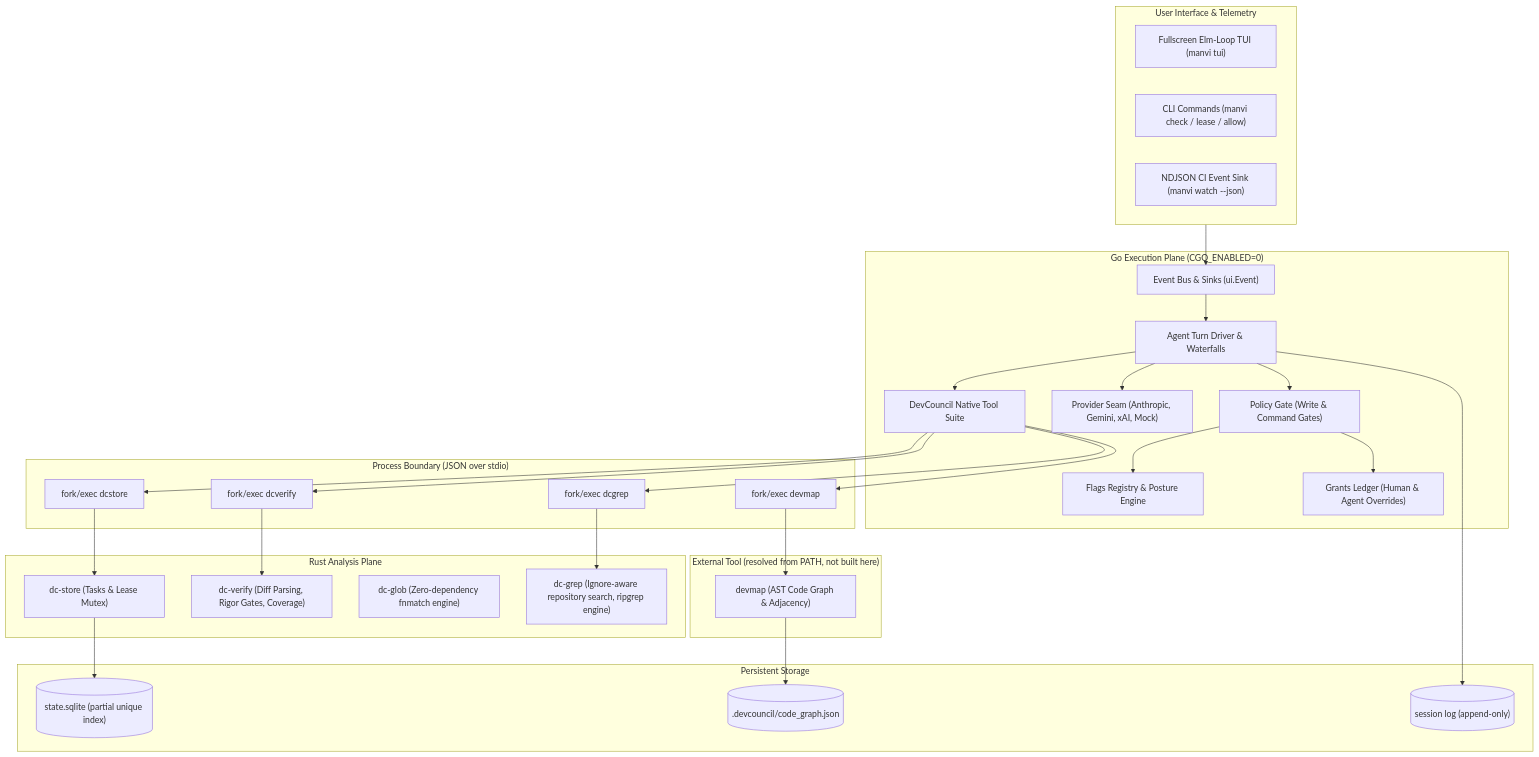
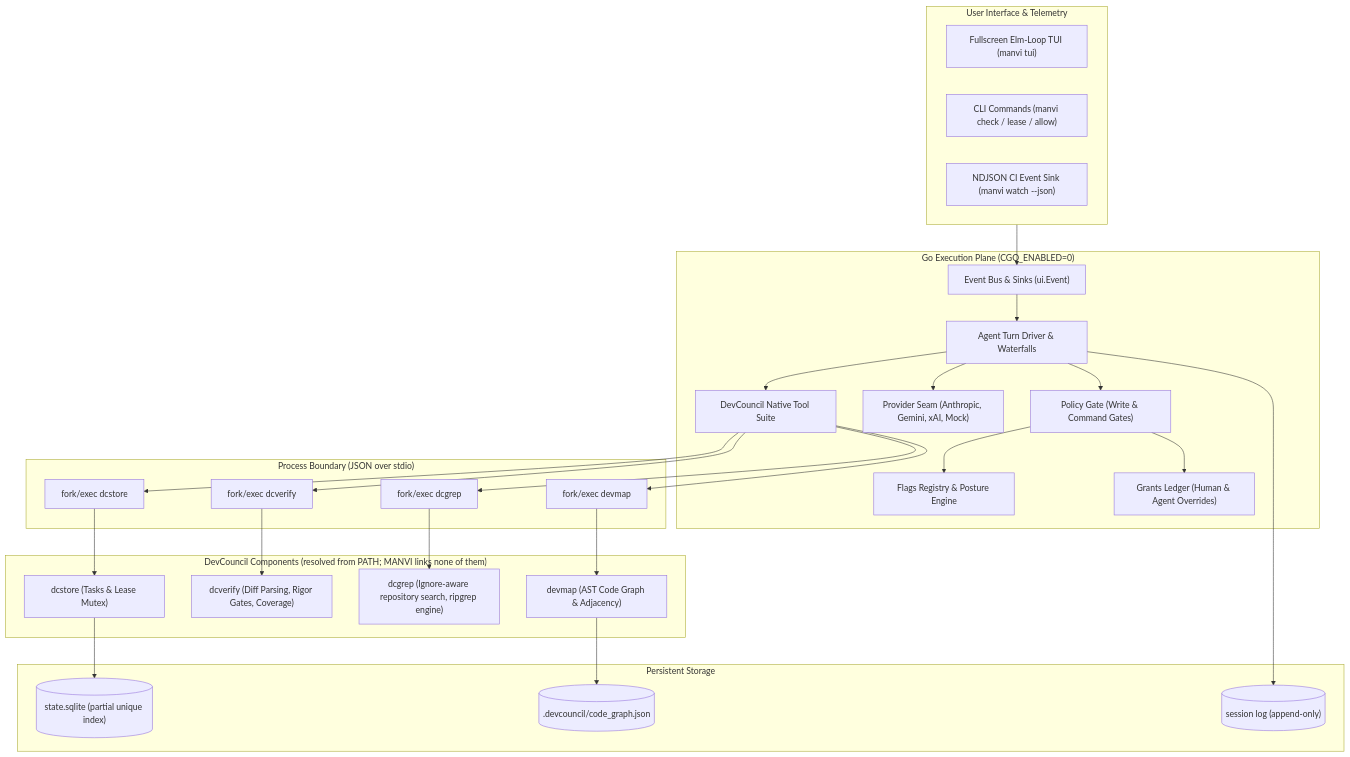
The first of 5 diagrams in docs/ARCHITECTURE.md (bharathvbcr/Manvi), drawn with Mermaid before and after one commit. The commit also changed other lines of this file and 5 other files, not shown here.

````diff
--- a/docs/ARCHITECTURE.md
+++ b/docs/ARCHITECTURE.md
@@ -11,58 +21,54 @@
 ```mermaid
 flowchart TB
     subgraph UserInterface["User Interface & Telemetry"]
         TUI["Fullscreen Elm-Loop TUI (manvi tui)"]
         CLI["CLI Commands (manvi check / lease / allow)"]
         Stream["NDJSON CI Event Sink (manvi watch --json)"]
     end
 
     subgraph GoPlane["Go Execution Plane (CGO_ENABLED=0)"]
         Bus["Event Bus & Sinks (ui.Event)"]
         AgentLoop["Agent Turn Driver & Waterfalls"]
         Registry["Flags Registry & Posture Engine"]
         Gate["Policy Gate (Write & Command Gates)"]
         Grants["Grants Ledger (Human & Agent Overrides)"]
         Providers["Provider Seam (Anthropic, Gemini, xAI, Mock)"]
         Tools["DevCouncil Native Tool Suite"]
     end
 
     subgraph ProcessBoundary["Process Boundary (JSON over stdio)"]
         IPC1["fork/exec dcstore"]
         IPC2["fork/exec dcverify"]
         IPC3["fork/exec devmap"]
         IPC4["fork/exec dcgrep"]
     end
 
-    subgraph RustPlane["Rust Analysis Plane"]
-        DCStore["dc-store (Tasks & Lease Mutex)"]
-        DCVerify["dc-verify (Diff Parsing, Rigor Gates, Coverage)"]
-        DCGlob["dc-glob (Zero-dependency fnmatch engine)"]
-        DCGrep["dc-grep (Ignore-aware repository search, ripgrep engine)"]
-    end
-
-    subgraph External["External Tool (resolved from PATH, not built here)"]
+    subgraph Components["DevCouncil Components (resolved from PATH; MANVI links none of them)"]
+        DCStore["dcstore (Tasks & Lease Mutex)"]
+        DCVerify["dcverify (Diff Parsing, Rigor Gates, Coverage)"]
+        DCGrep["dcgrep (Ignore-aware repository search, ripgrep engine)"]
         DevMap["devmap (AST Code Graph & Adjacency)"]
     end
 
     subgraph Storage["Persistent Storage"]
         SQLite[("state.sqlite (partial unique index)")]
         CodeGraph[(".devcouncil/code_graph.json")]
         SessionLog[("session log (append-only)")]
     end
 
     UserInterface --> Bus
     Bus --> AgentLoop
     AgentLoop --> Gate
     Gate --> Grants
     Gate --> Registry
     AgentLoop --> Providers
     AgentLoop --> Tools
     Tools --> IPC1 & IPC2 & IPC3 & IPC4
     IPC1 --> DCStore
     IPC2 --> DCVerify
     IPC3 --> DevMap
     IPC4 --> DCGrep
     DCStore --> SQLite
     DevMap --> CodeGraph
     AgentLoop --> SessionLog
 ```
````
